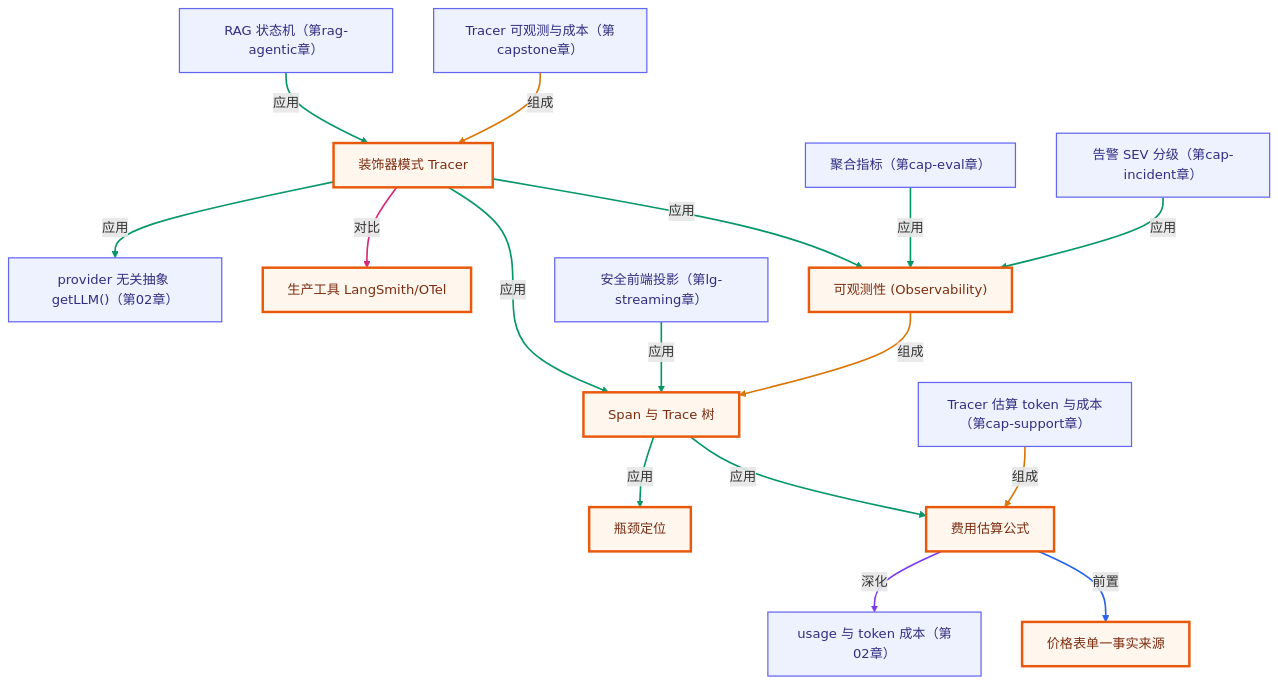
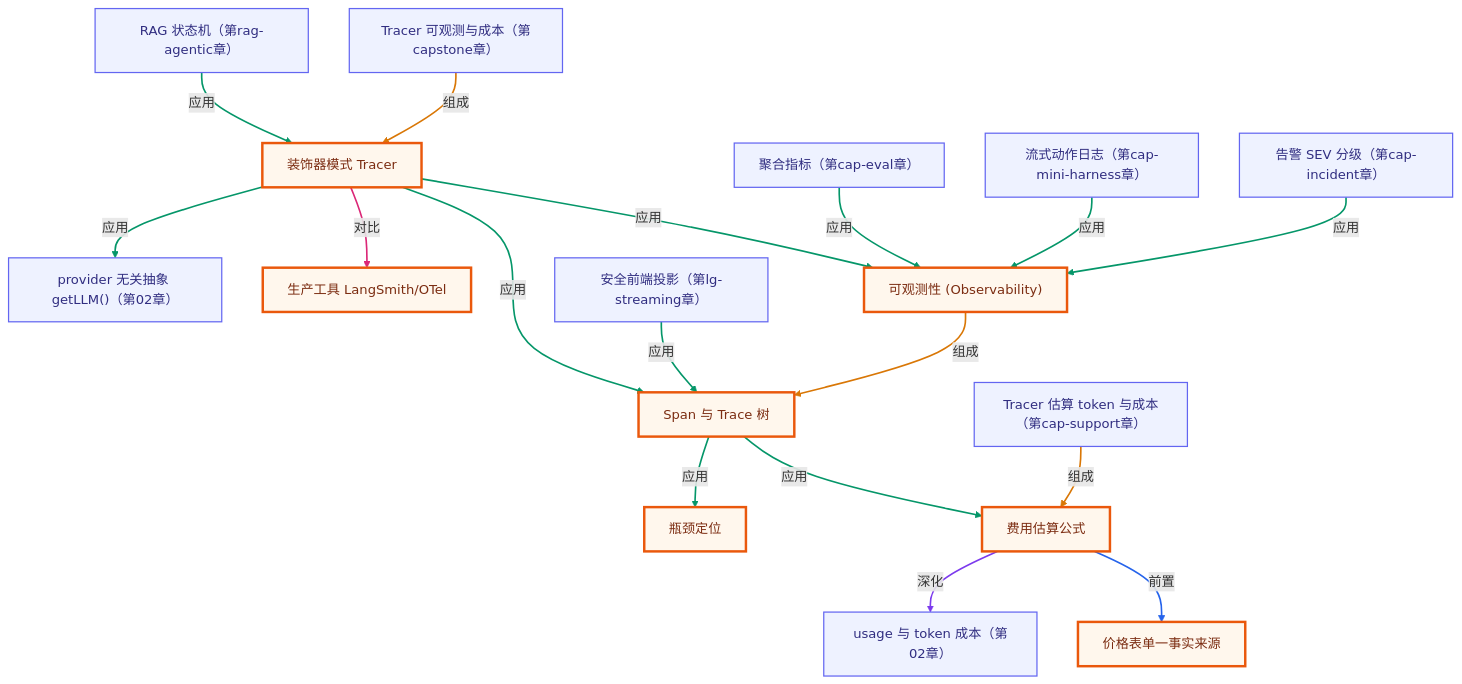
The second of 2 diagrams in lessons/16-observability-and-cost/README.md (songuu/agent), drawn with Mermaid before and after one commit. The commit also changed other lines of this file and 6 other files, not shown here.

First line of the commit message:
feat(mini-agent-harness): enhance documentation and knowledge graph integration

````diff
--- a/lessons/16-observability-and-cost/README.md
+++ b/lessons/16-observability-and-cost/README.md
@@ -258,52 +258,55 @@
 ```mermaid
 graph TB
   classDef own fill:#fff7ed,stroke:#ea580c,stroke-width:3px,color:#7c2d12;
   classDef cross fill:#eef2ff,stroke:#6366f1,stroke-width:1.5px,color:#312e81;
   n_c16_observability["可观测性 (Observability)"]
   n_c16_span_trace_tree["Span 与 Trace 树"]
   n_c16_decorator_tracer["装饰器模式 Tracer"]
   n_c16_cost_estimation["费用估算公式"]
   n_c16_price_table["价格表单一事实来源"]
   n_c16_bottleneck_location["瓶颈定位"]
   n_c16_production_tooling["生产工具 LangSmith/OTel"]
   n_c02_usage_token["usage 与 token 成本（第02章）"]
   n_c02_get_llm_abstraction["provider 无关抽象 getLLM()（第02章）"]
   n_ccapstone_tracer_cost["Tracer 可观测与成本（第capstone章）"]
   n_csup_observability["Tracer 估算 token 与成本（第cap-support章）"]
   n_cev_metrics["聚合指标（第cap-eval章）"]
+  n_cmh_events["流式动作日志（第cap-mini-harness章）"]
   n_cinc_severity["告警 SEV 分级（第cap-incident章）"]
   n_cragagentic_state_machine["RAG 状态机（第rag-agentic章）"]
   n_lges_safe_projection["安全前端投影（第lg-streaming章）"]
   n_c16_observability -->|组成| n_c16_span_trace_tree
   n_c16_decorator_tracer -->|应用| n_c16_observability
   n_c16_decorator_tracer -->|应用| n_c16_span_trace_tree
   n_c16_cost_estimation -->|前置| n_c16_price_table
   n_c16_span_trace_tree -->|应用| n_c16_cost_estimation
   n_c16_span_trace_tree -->|应用| n_c16_bottleneck_location
   n_c16_decorator_tracer -->|对比| n_c16_production_tooling
   n_c16_cost_estimation -->|深化| n_c02_usage_token
   n_c16_decorator_tracer -->|应用| n_c02_get_llm_abstraction
   n_ccapstone_tracer_cost -->|组成| n_c16_decorator_tracer
   n_csup_observability -->|组成| n_c16_cost_estimation
   n_cev_metrics -->|应用| n_c16_observability
+  n_cmh_events -->|应用| n_c16_observability
   n_cinc_severity -->|应用| n_c16_observability
   n_cragagentic_state_machine -->|应用| n_c16_decorator_tracer
   n_lges_safe_projection -->|应用| n_c16_span_trace_tree
   class n_c16_observability,n_c16_span_trace_tree,n_c16_decorator_tracer,n_c16_cost_estimation,n_c16_price_table,n_c16_bottleneck_location,n_c16_production_tooling own;
-  class n_c02_usage_token,n_c02_get_llm_abstraction,n_ccapstone_tracer_cost,n_csup_observability,n_cev_metrics,n_cinc_severity,n_cragagentic_state_machine,n_lges_safe_projection cross;
+  class n_c02_usage_token,n_c02_get_llm_abstraction,n_ccapstone_tracer_cost,n_csup_observability,n_cev_metrics,n_cmh_events,n_cinc_severity,n_cragagentic_state_machine,n_lges_safe_projection cross;
   linkStyle 0 stroke:#d97706,stroke-width:2px;
   linkStyle 1 stroke:#059669,stroke-width:2px;
   linkStyle 2 stroke:#059669,stroke-width:2px;
   linkStyle 3 stroke:#2563eb,stroke-width:2px;
   linkStyle 4 stroke:#059669,stroke-width:2px;
   linkStyle 5 stroke:#059669,stroke-width:2px;
   linkStyle 6 stroke:#db2777,stroke-width:2px;
   linkStyle 7 stroke:#7c3aed,stroke-width:2px;
   linkStyle 8 stroke:#059669,stroke-width:2px;
   linkStyle 9 stroke:#d97706,stroke-width:2px;
   linkStyle 10 stroke:#d97706,stroke-width:2px;
   linkStyle 11 stroke:#059669,stroke-width:2px;
   linkStyle 12 stroke:#059669,stroke-width:2px;
   linkStyle 13 stroke:#059669,stroke-width:2px;
   linkStyle 14 stroke:#059669,stroke-width:2px;
+  linkStyle 15 stroke:#059669,stroke-width:2px;
 ```
````
